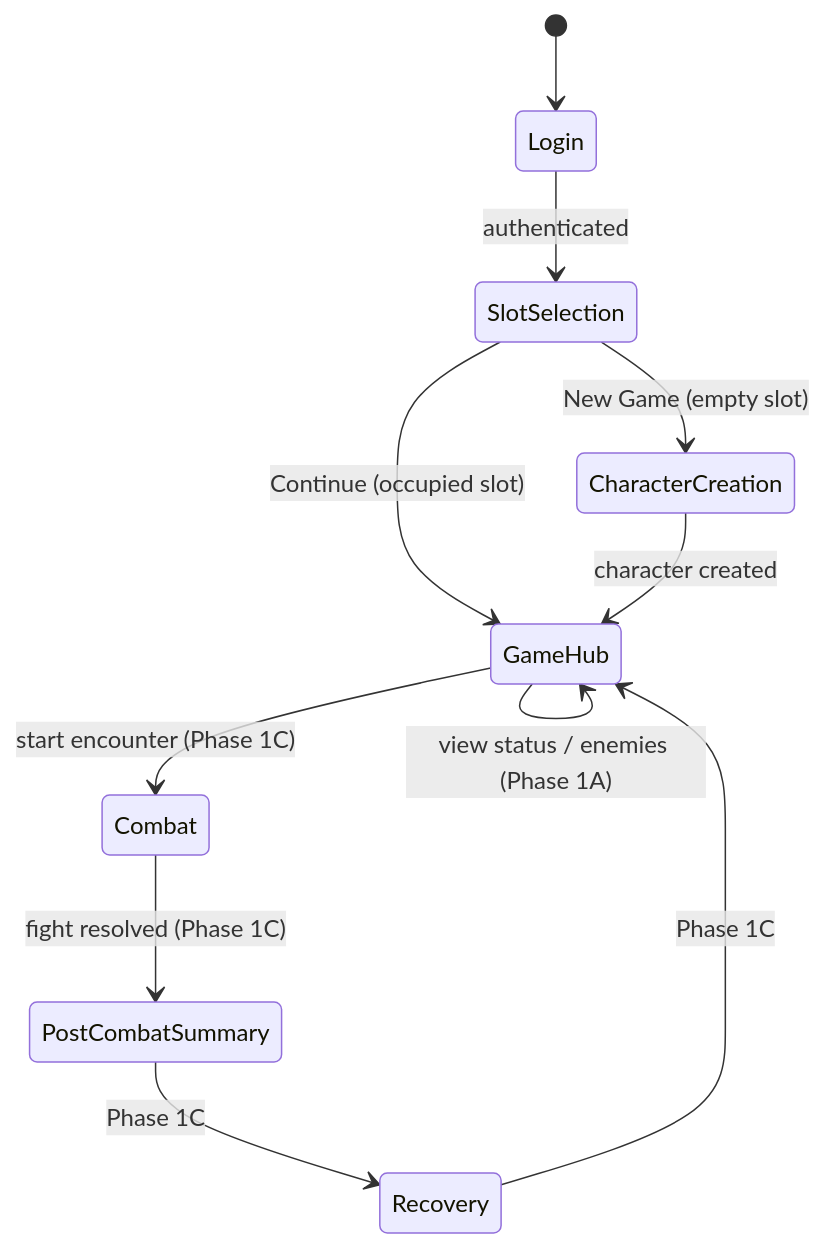
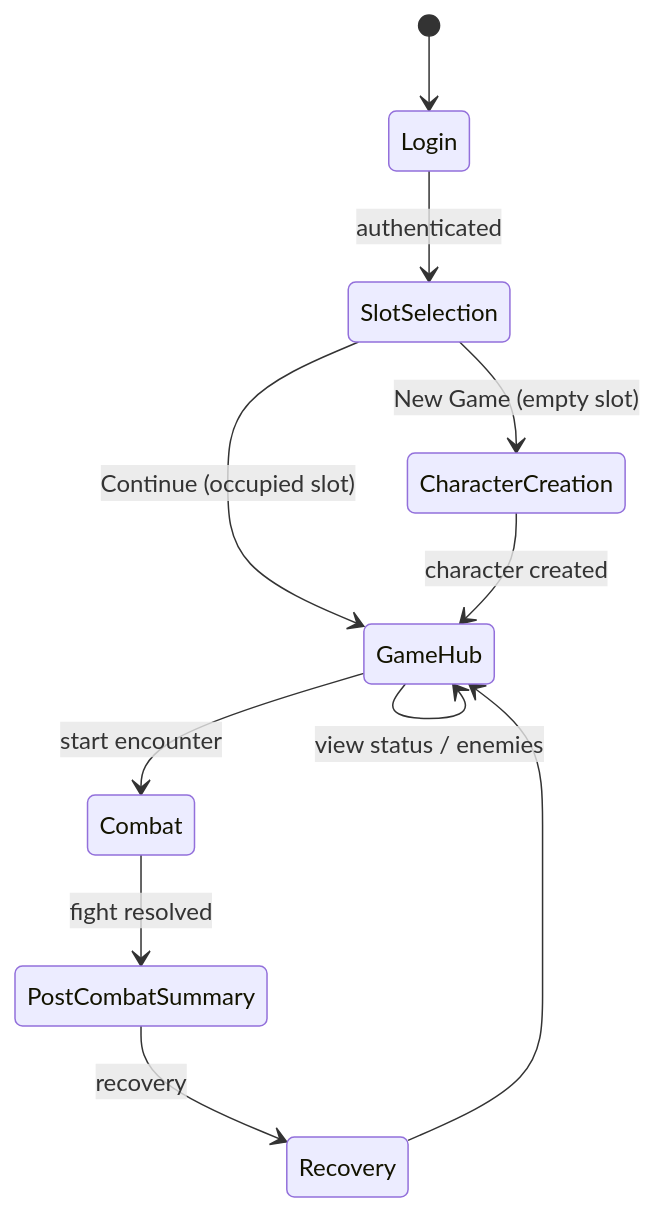
The first of 2 diagrams in docs/01-state-machine.md (igavriel/fate-engine), drawn with Mermaid before and after one commit. The commit also changed other lines of this file and 39 other files, not shown here.

````diff
--- a/docs/01-state-machine.md
+++ b/docs/01-state-machine.md
@@ -10,13 +10,13 @@
 ```mermaid
 stateDiagram-v2
     [*] --> Login
     Login --> SlotSelection : authenticated
     SlotSelection --> CharacterCreation : New Game (empty slot)
     SlotSelection --> GameHub : Continue (occupied slot)
     CharacterCreation --> GameHub : character created
-    GameHub --> GameHub : view status / enemies (Phase 1A)
-    GameHub --> Combat : start encounter (Phase 1C)
-    Combat --> PostCombatSummary : fight resolved (Phase 1C)
-    PostCombatSummary --> Recovery : Phase 1C
-    Recovery --> GameHub : Phase 1C
+    GameHub --> GameHub : view status / enemies
+    GameHub --> Combat : start encounter
+    Combat --> PostCombatSummary : fight resolved
+    PostCombatSummary --> Recovery : recovery
+    Recovery --> GameHub
 ```
````
